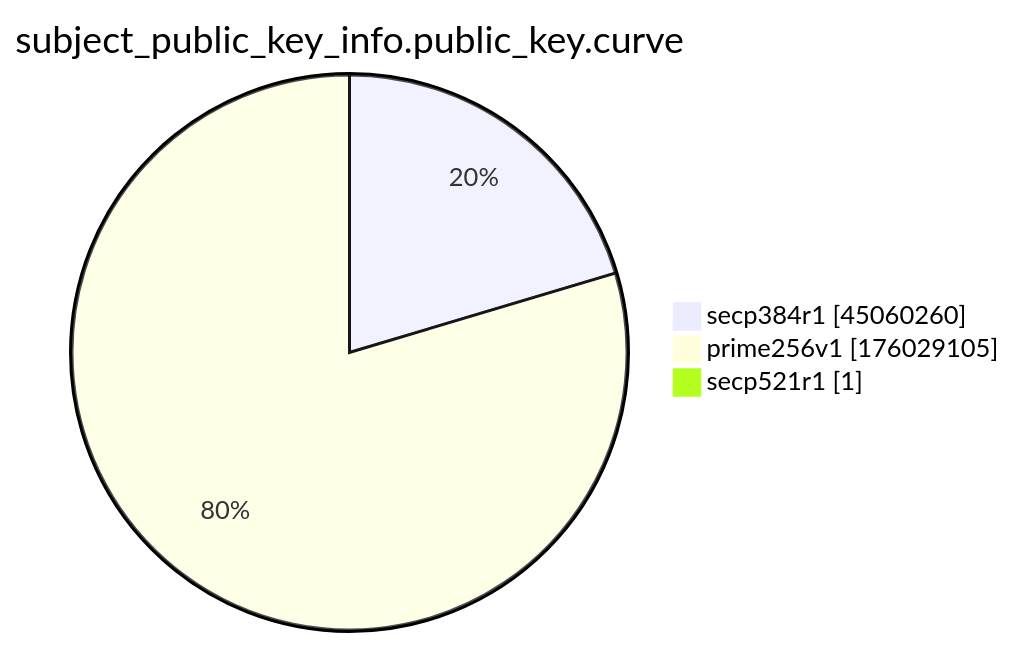
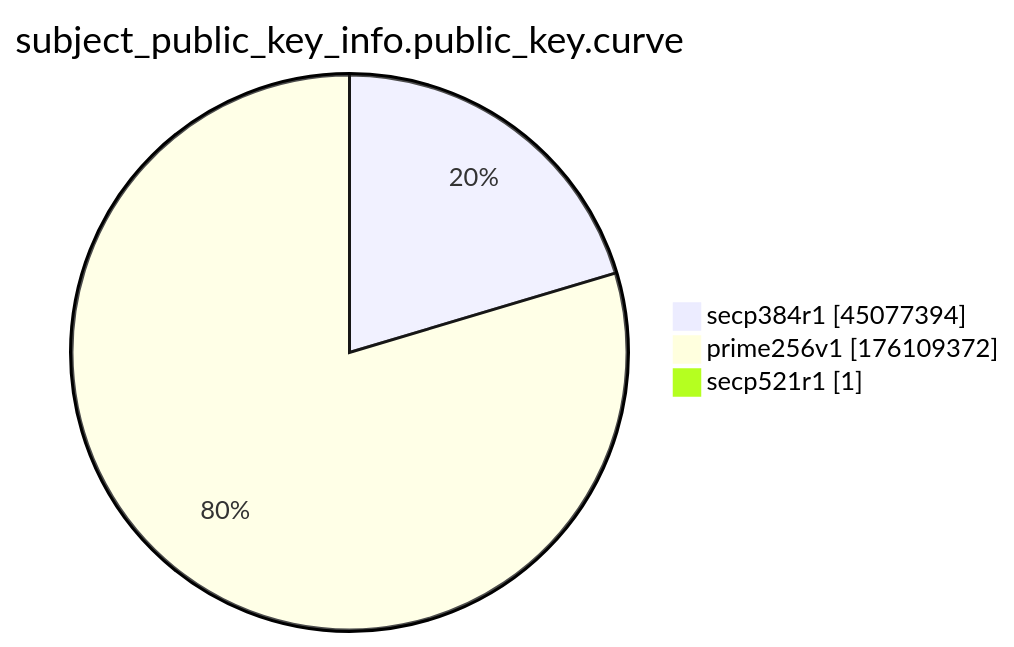
The ninth of 15 diagrams in xenon2022/README.md (christiankrug/ctmonitor_visualization), drawn with Mermaid before and after one commit. The commit also changed other lines of this file, not shown here.

````diff
--- a/xenon2022/README.md
+++ b/xenon2022/README.md
@@ -2872,7 +2872,7 @@
 ```mermaid
 pie showData
 title subject_public_key_info.public_key.curve
-"secp384r1" :45060260
-"prime256v1" :176029105
+"secp384r1" :45077394
+"prime256v1" :176109372
 "secp521r1" :1
 ```
````
